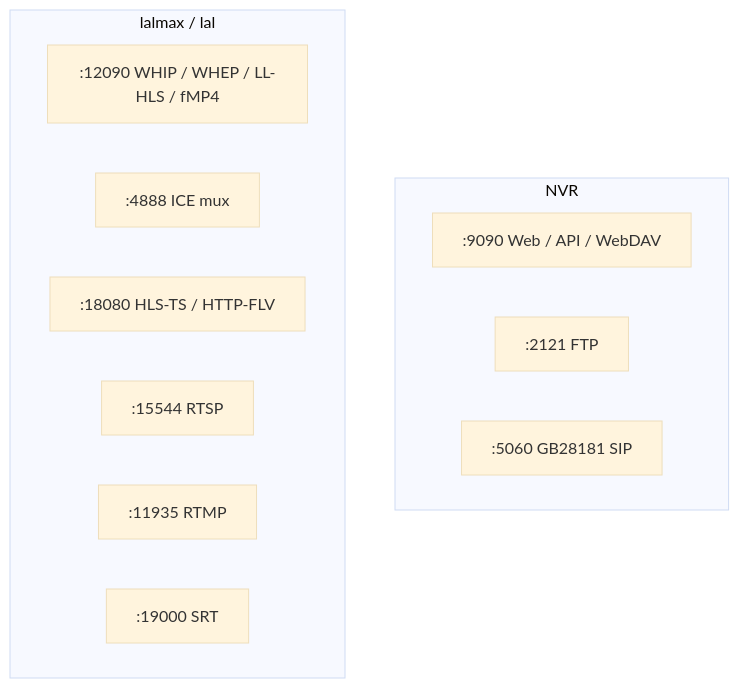
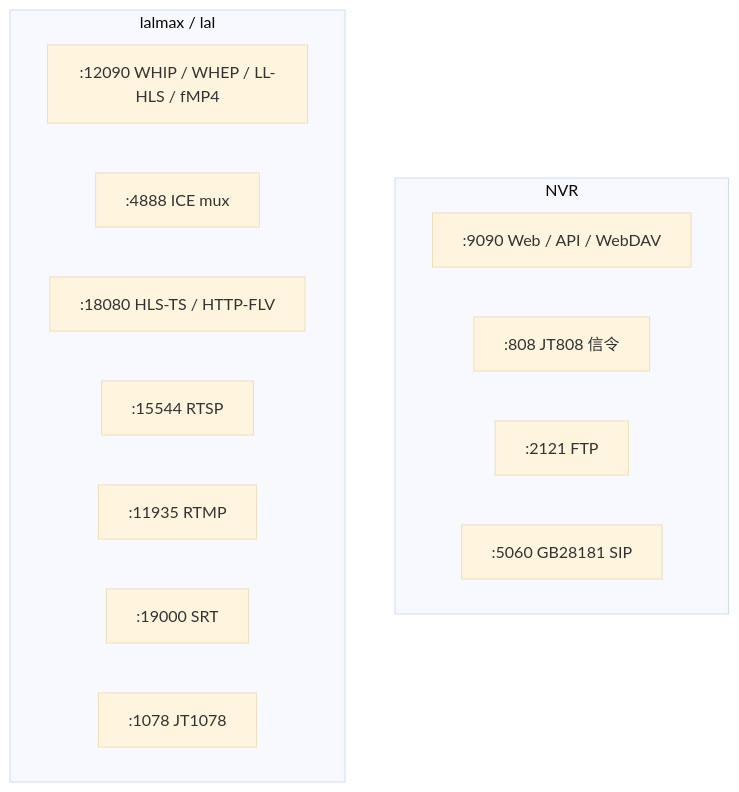
Before and after one commit to lalmax-pro/lalmax-nvr: the seventh of 7 diagrams in docs/zh/architecture.md, drawn with Mermaid (base theme). The commit also changed other lines of this file and 47 other files, not shown here.

````diff
--- a/docs/zh/architecture.md
+++ b/docs/zh/architecture.md
@@ -229,16 +236,18 @@
 ```mermaid
 flowchart TB
   subgraph nvrPort [NVR]
     P9090[":9090 Web / API / WebDAV"]
+    P808[":808 JT808 信令"]
     P2121[":2121 FTP"]
     P5060[":5060 GB28181 SIP"]
   end
   subgraph lalPort [lalmax / lal]
     P12090[":12090 WHIP / WHEP / LL-HLS / fMP4"]
     P4888[":4888 ICE mux"]
     P18080[":18080 HLS-TS / HTTP-FLV"]
     P15544[":15544 RTSP"]
     P11935[":11935 RTMP"]
     P19000[":19000 SRT"]
+    P1078[":1078 JT1078"]
   end
 ```
````
